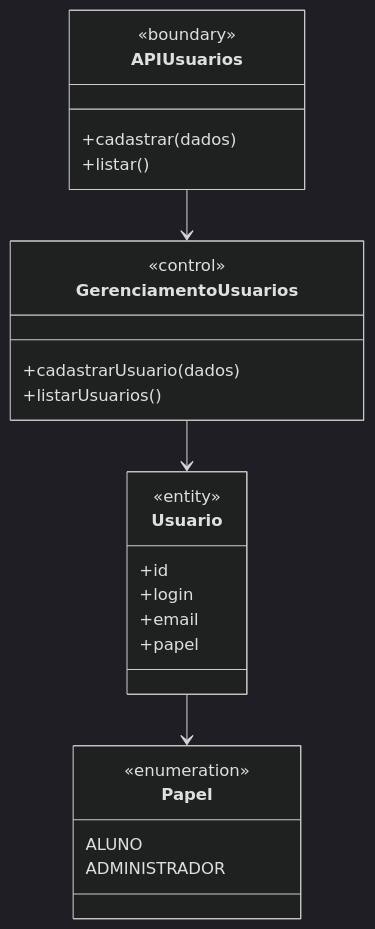
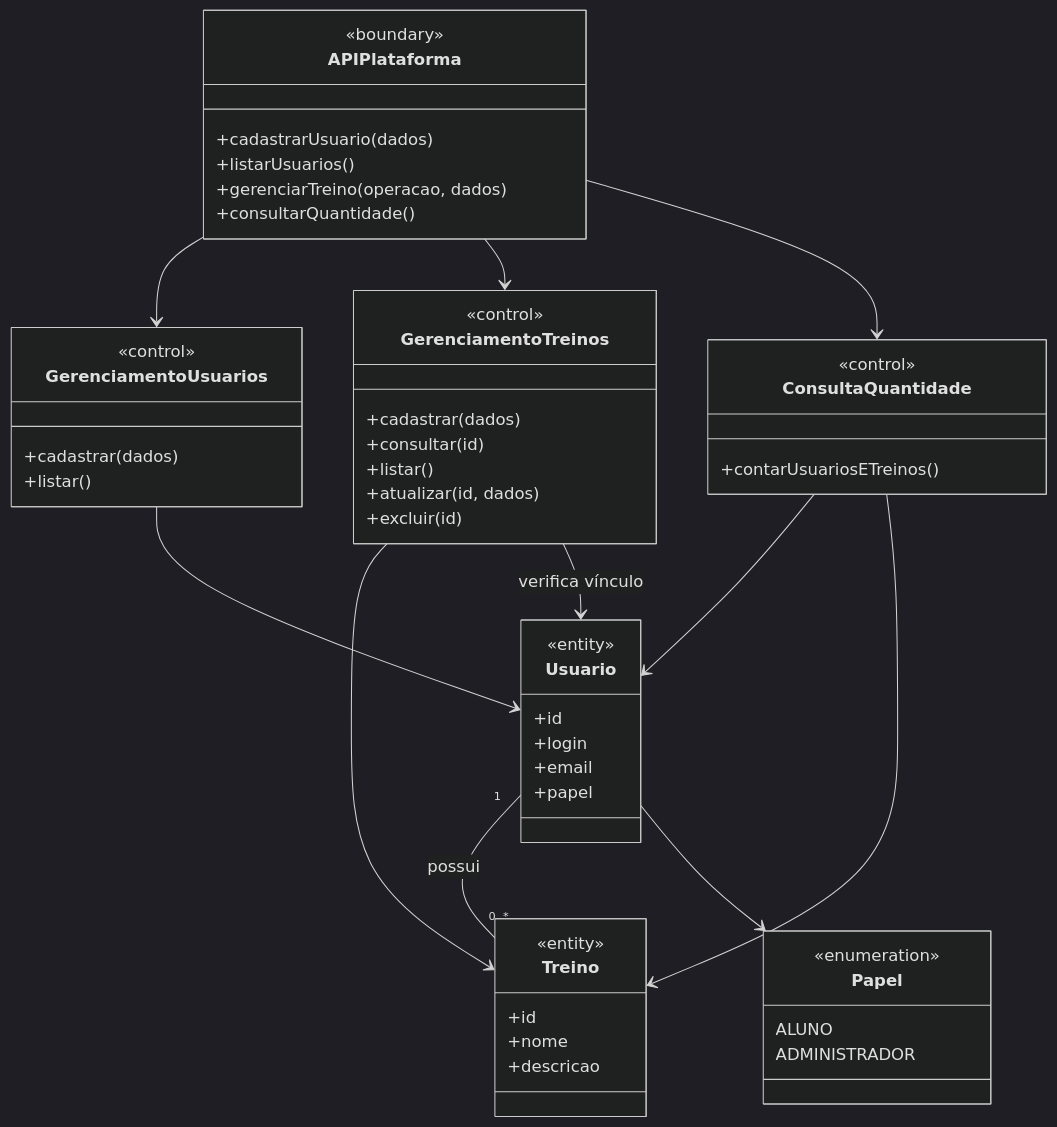
The diagram in docs/05-analise.md (Miguelqfs/training-platform), drawn with Mermaid (dark theme) before and after one commit. The commit also changed other lines of this file and 1 other file, not shown here.

Commit message:
docs(analise): relacionar usuários e planos de treino

````diff
--- a/docs/05-analise.md
+++ b/docs/05-analise.md
@@ -5,28 +7,55 @@
 ```mermaid
 classDiagram
-    class APIUsuarios {
+    class APIPlataforma {
       <<boundary>>
+      +cadastrarUsuario(dados)
+      +listarUsuarios()
+      +gerenciarTreino(operacao, dados)
+      +consultarQuantidade()
+    }
+    class GerenciamentoUsuarios {
+      <<control>>
       +cadastrar(dados)
       +listar()
     }
-    class GerenciamentoUsuarios {
+    class GerenciamentoTreinos {
       <<control>>
-      +cadastrarUsuario(dados)
-      +listarUsuarios()
+      +cadastrar(dados)
+      +consultar(id)
+      +listar()
+      +atualizar(id, dados)
+      +excluir(id)
+    }
+    class ConsultaQuantidade {
+      <<control>>
+      +contarUsuariosETreinos()
     }
     class Usuario {
       <<entity>>
       +id
       +login
       +email
       +papel
     }
+    class Treino {
+      <<entity>>
+      +id
+      +nome
+      +descricao
+    }
     class Papel {
       <<enumeration>>
       ALUNO
       ADMINISTRADOR
     }
-    APIUsuarios --> GerenciamentoUsuarios
+    APIPlataforma --> GerenciamentoUsuarios
+    APIPlataforma --> GerenciamentoTreinos
+    APIPlataforma --> ConsultaQuantidade
     GerenciamentoUsuarios --> Usuario
+    GerenciamentoTreinos --> Treino
+    GerenciamentoTreinos --> Usuario : verifica vínculo
+    ConsultaQuantidade --> Usuario
+    ConsultaQuantidade --> Treino
+    Usuario "1" -- "0..*" Treino : possui
     Usuario --> Papel
 ```
````
